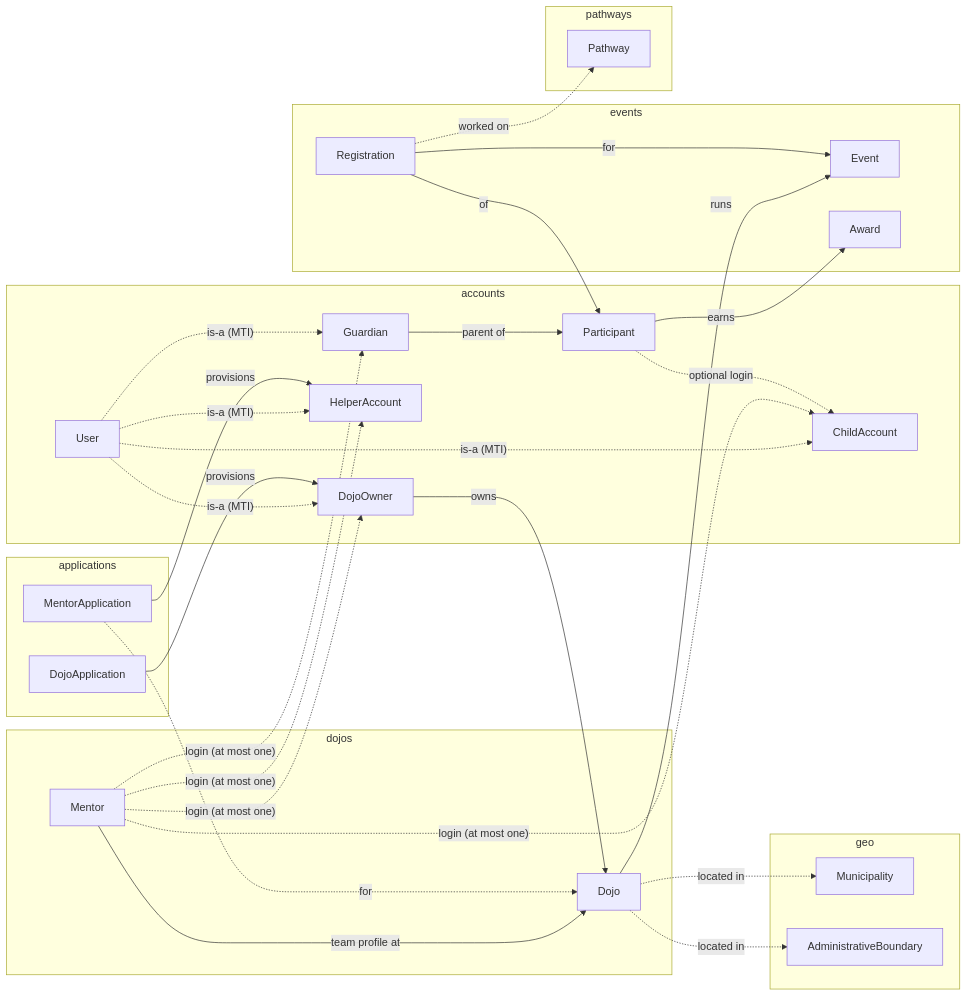
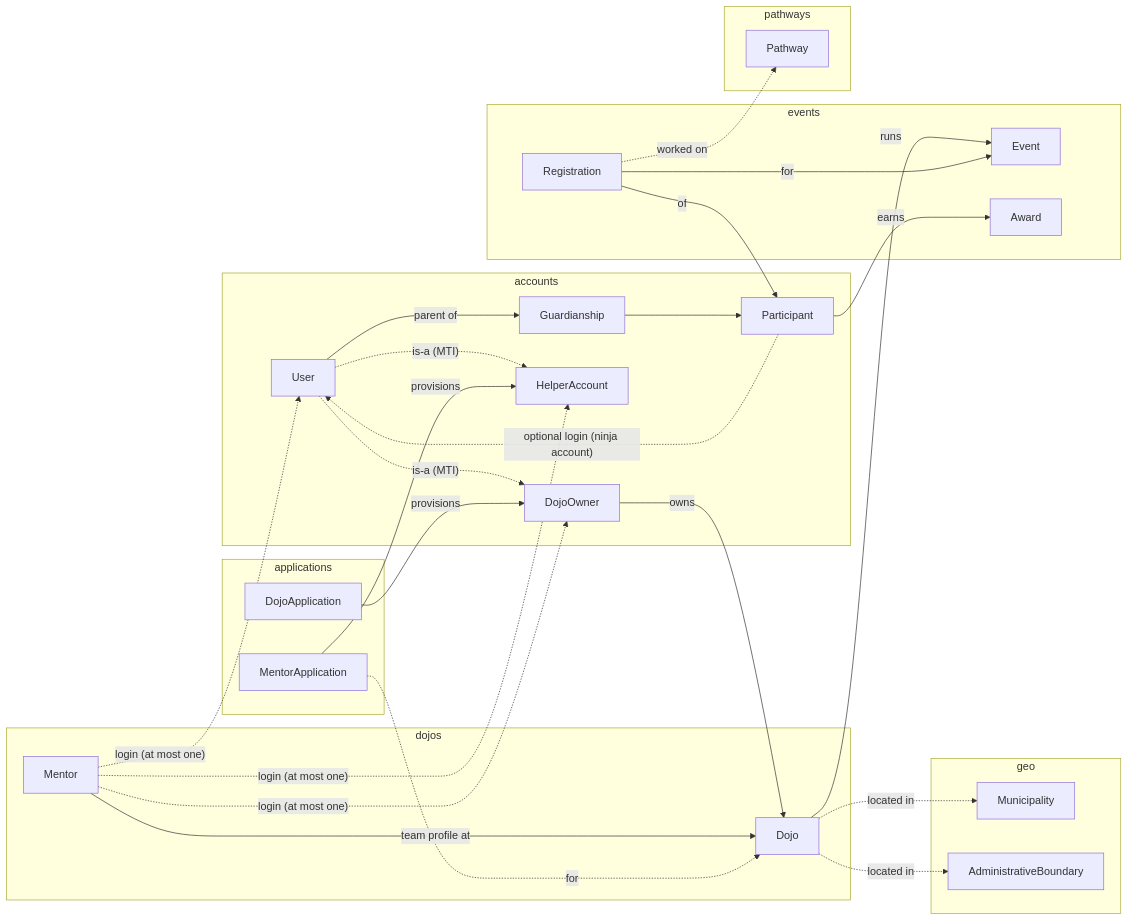
One commit to DoublG/coderdojo-event-registration changed the first of 20 diagrams in DATA_MODEL.md. Above: the diagram before and after it, drawn with Mermaid. The commit also changed other lines of this file and 35 other files, not shown here.

First line of the commit message:
Redesign phase 1: accounts — one User table, guardianships

````diff
--- a/DATA_MODEL.md
+++ b/DATA_MODEL.md
@@ -42,47 +42,47 @@
 ```mermaid
 flowchart LR
     subgraph accounts
         User
         DojoOwner
         HelperAccount
-        Guardian
-        ChildAccount
+        Guardianship
         Participant
     end
     subgraph dojos
         Dojo
         Mentor
     end
     subgraph events
         Event
         Registration
         Award
     end
     subgraph applications
         DojoApplication
         MentorApplication
     end
     subgraph pathways
         Pathway
     end
     subgraph geo
         Municipality
         AdministrativeBoundary
     end
 
-    User -. "is-a (MTI)" .-> DojoOwner & HelperAccount & Guardian & ChildAccount
+    User -. "is-a (MTI)" .-> DojoOwner & HelperAccount
     DojoOwner -- owns --> Dojo
     Mentor -- "team profile at" --> Dojo
-    Mentor -. "login (at most one)" .-> DojoOwner & HelperAccount & Guardian & ChildAccount
-    Guardian -- "parent of" --> Participant
-    Participant -. "optional login" .-> ChildAccount
+    Mentor -. "login (at most one)" .-> DojoOwner & HelperAccount & User
+    User -- "parent of" --> Guardianship
+    Guardianship --> Participant
+    Participant -. "optional login (ninja account)" .-> User
     Dojo -- runs --> Event
     Registration -- for --> Event
     Registration -- of --> Participant
     Registration -. "worked on" .-> Pathway
     Participant -- earns --> Award
     DojoApplication -- provisions --> DojoOwner
     MentorApplication -- provisions --> HelperAccount
     MentorApplication -. "for" .-> Dojo
     Dojo -. located in .-> Municipality & AdministrativeBoundary
 ```
````
